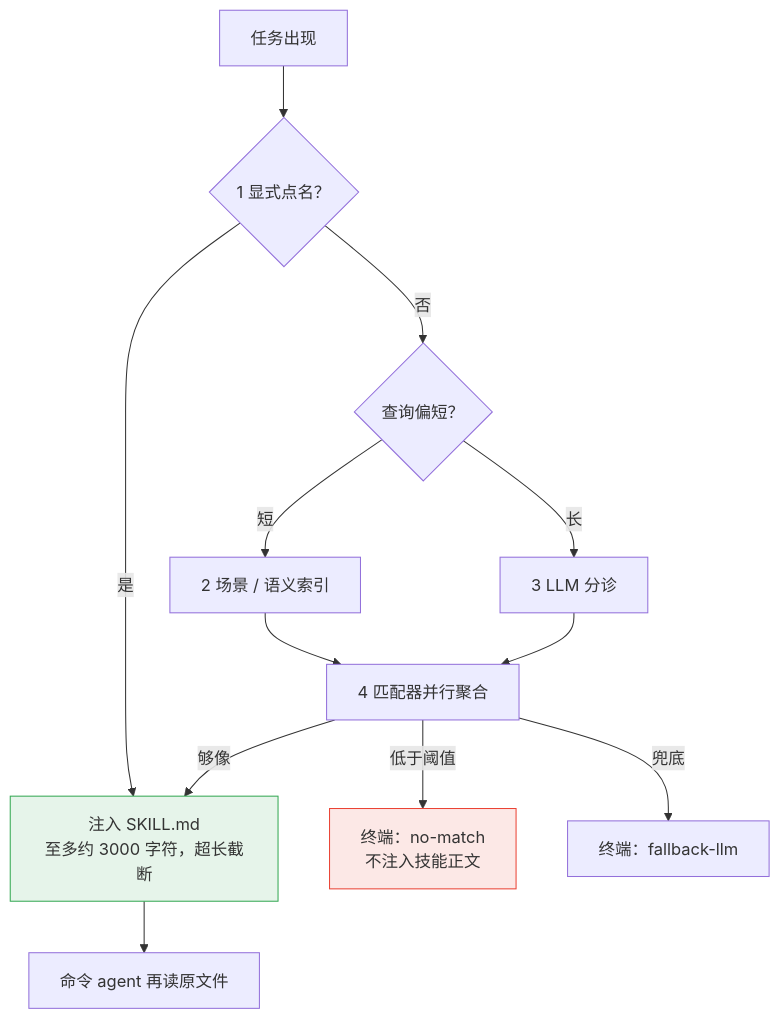
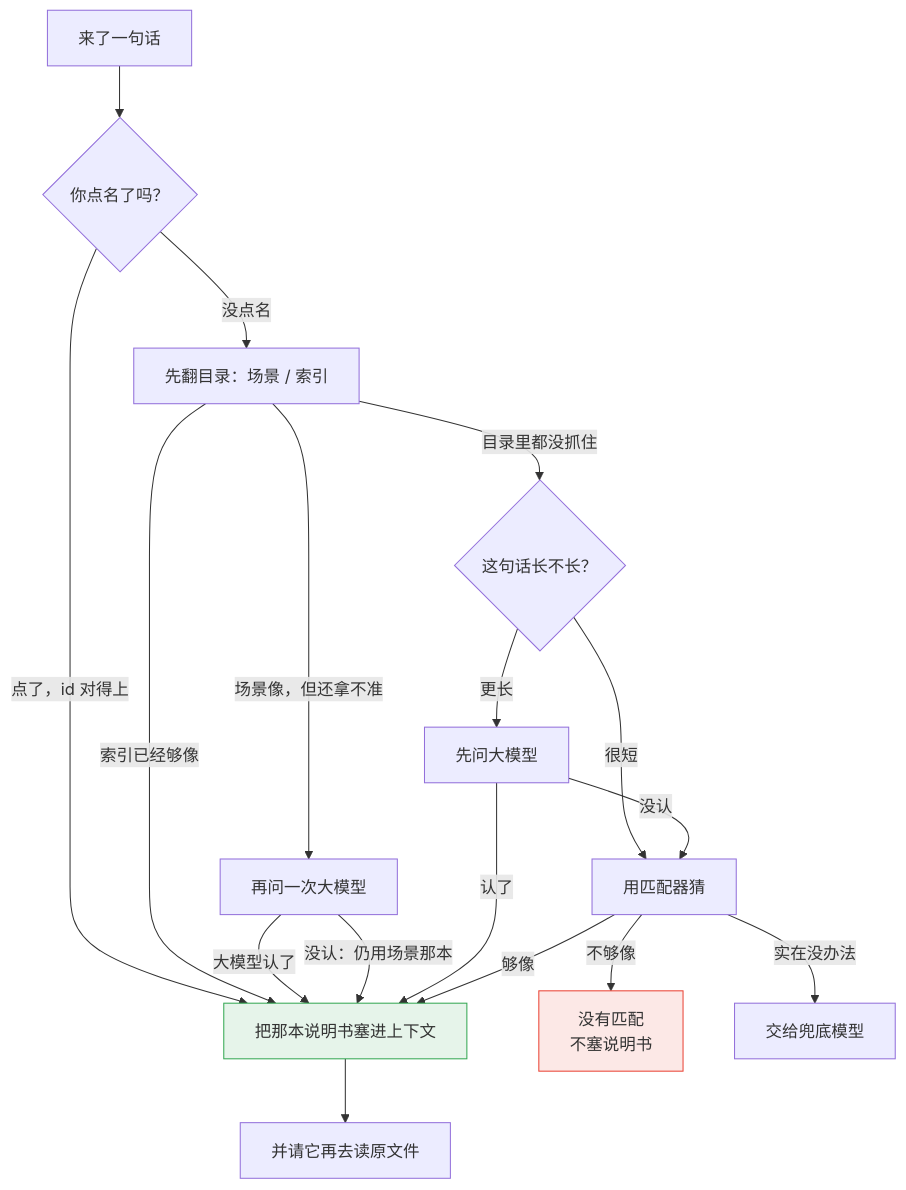
Before and after one commit to nehcuh/vibesop-py: the sixth of 8 diagrams in docs/skill-routing-explained.md, drawn with Mermaid. The commit also changed other lines of this file and 1 other file, not shown here.

````diff
--- a/docs/skill-routing-explained.md
+++ b/docs/skill-routing-explained.md
@@ -88,16 +216,21 @@
 ```mermaid
 flowchart TD
-    Q["任务出现"] --> E{"1 显式点名？"}
-    E -- "是" --> I["注入 SKILL.md<br/>至多约 3000 字符，超长截断"]
-    E -- "否" --> L{"查询偏短？"}
-    L -- "短" --> S["2 场景 / 语义索引"]
-    L -- "长" --> T["3 LLM 分诊"]
-    S --> M["4 匹配器并行聚合"]
-    T --> M
+    Q["来了一句话"] --> E{"你点名了吗？"}
+    E -- "点了，id 对得上" --> I["把那本说明书塞进上下文"]
+    E -- "没点名" --> Early["先翻目录：场景 / 索引"]
+    Early -- "索引已经够像" --> I
+    Early -- "场景像，但还拿不准" --> FT["再问一次大模型"]
+    FT -- "大模型认了" --> I
+    FT -- "没认：仍用场景那本" --> I
+    Early -- "目录里都没抓住" --> Len{"这句话长不长？"}
+    Len -- "很短" --> M["用匹配器猜"]
+    Len -- "更长" --> T["先问大模型"]
+    T -- "认了" --> I
+    T -- "没认" --> M
     M -- "够像" --> I
-    M -- "低于阈值" --> N["终端：no-match<br/>不注入技能正文"]
-    M -- "兜底" --> F["终端：fallback-llm"]
-    I --> R["命令 agent 再读原文件"]
+    M -- "不够像" --> N["没有匹配<br/>不塞说明书"]
+    M -- "实在没办法" --> F["交给兜底模型"]
+    I --> R["并请它再去读原文件"]
+    style I fill:#e6f4ea,stroke:#34a853
     style N fill:#fce8e6,stroke:#ea4335
-    style I fill:#e6f4ea,stroke:#34a853
 ```
````
